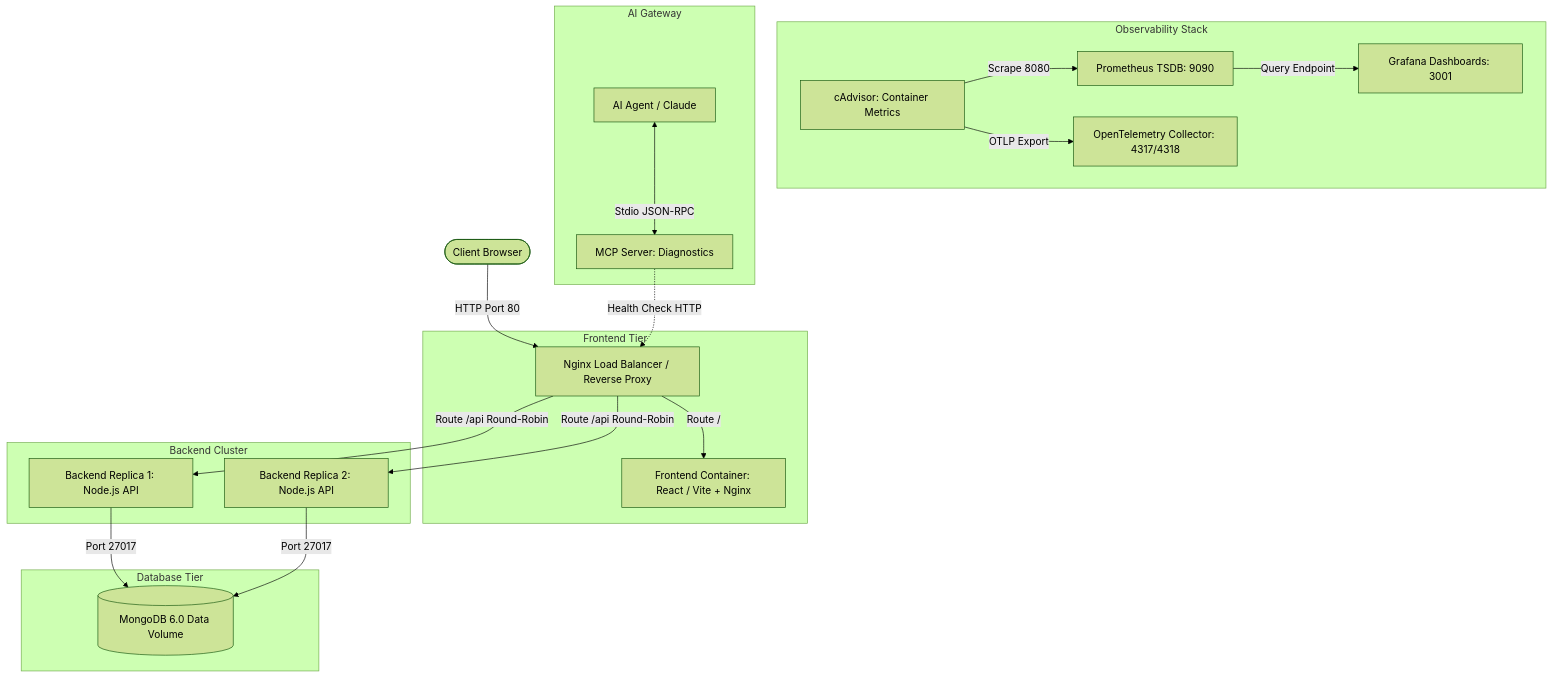
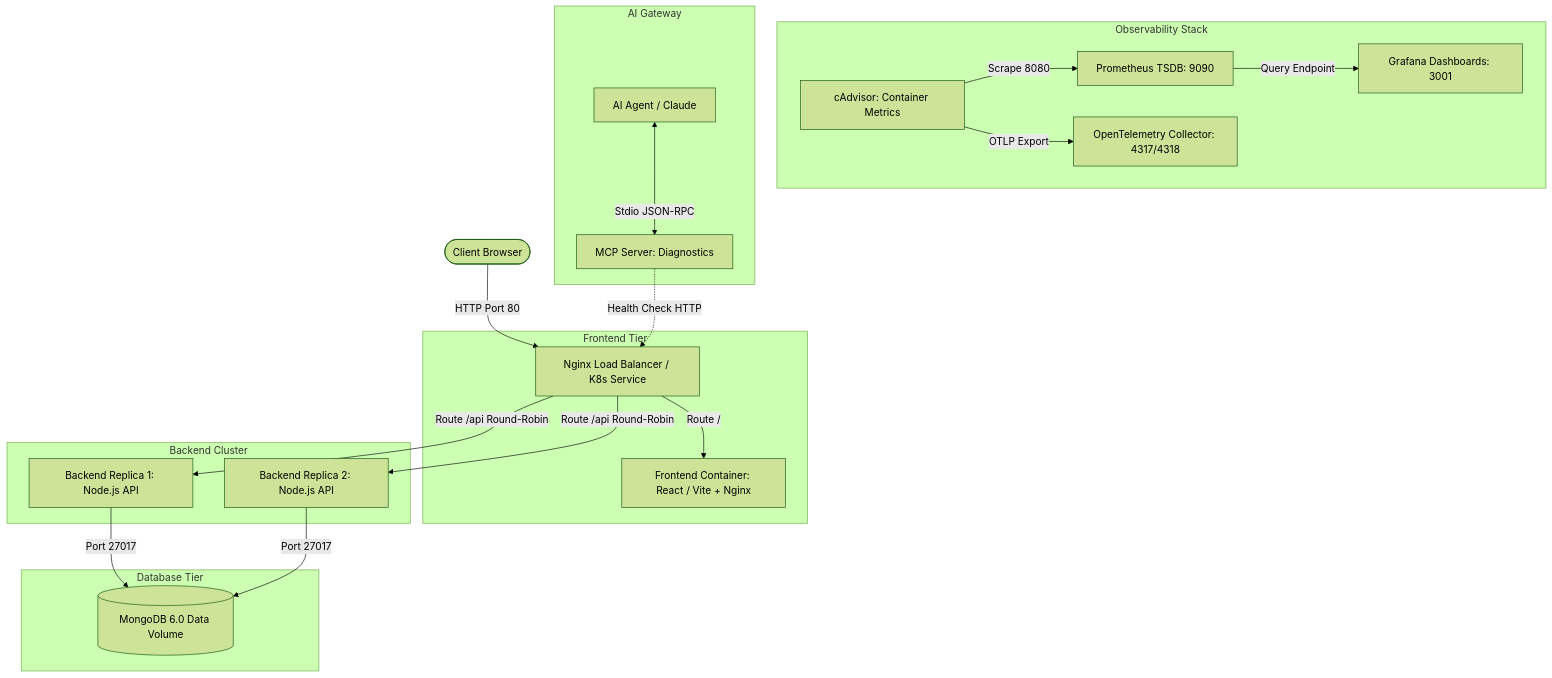
Before and after one commit to VladyslavKorniichuk/space2study-devops: the diagram in README.md, drawn with Mermaid (forest theme). The commit also changed other lines of this file, not shown here.

````diff
--- a/README.md
+++ b/README.md
@@ -139,29 +151,29 @@
 ```mermaid
 graph TD
-    Client([Client Browser]) -->|HTTP Port 80| LB[Nginx Load Balancer / Reverse Proxy]
+    Client([Client Browser]) -->|HTTP Port 80| LB[Nginx Load Balancer / K8s Service]
     
     subgraph Frontend Tier
         LB -->|Route / | FE[Frontend Container: React / Vite + Nginx]
     end
 
     subgraph Backend Cluster
         LB -->|Route /api Round-Robin| BE1[Backend Replica 1: Node.js API]
         LB -->|Route /api Round-Robin| BE2[Backend Replica 2: Node.js API]
     end
 
     subgraph Database Tier
         BE1 -->|Port 27017| DB[(MongoDB 6.0 Data Volume)]
         BE2 -->|Port 27017| DB
     end
 
     subgraph Observability Stack
         cAdvisor[cAdvisor: Container Metrics] -->|Scrape 8080| Prom[Prometheus TSDB: 9090]
         Prom -->|Query Endpoint| Graf[Grafana Dashboards: 3001]
         cAdvisor -->|OTLP Export| OTel[OpenTelemetry Collector: 4317/4318]
     end
 
     subgraph AI Gateway
         Agent[AI Agent / Claude] <-->|Stdio JSON-RPC| MCP[MCP Server: Diagnostics]
         MCP -.->|Health Check HTTP| LB
     end
 ```
````
